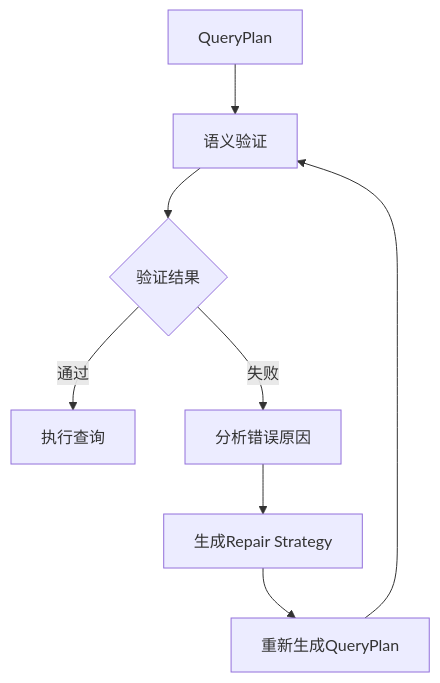
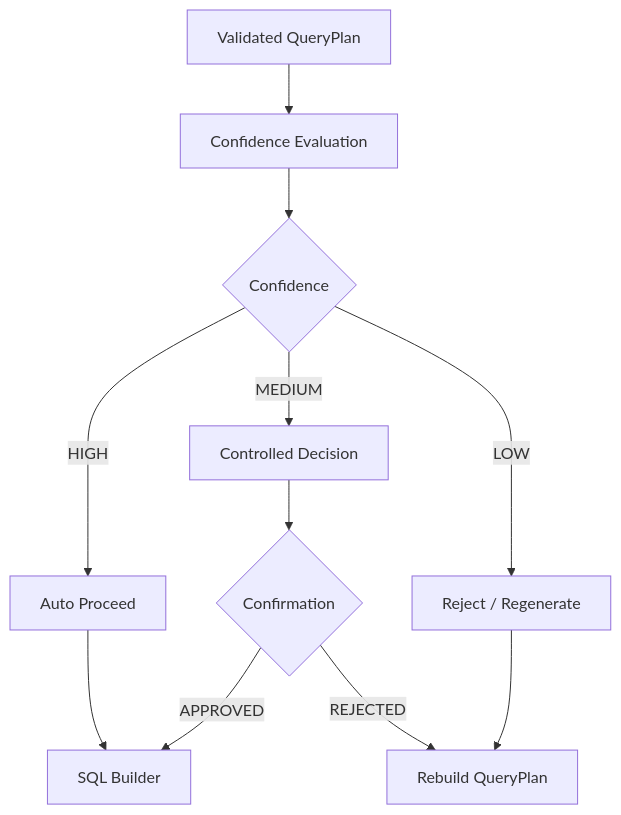
The seventh of 11 diagrams in SuperBulider_AI/wwwroot/Doc/SuperBuilder AI Native BI Phase开发计划.md (wenzhong0606-dev/SuperBuilder_AI), drawn with Mermaid before and after one commit. The commit also changed other lines of this file, not shown here.

````diff
--- a/SuperBulider_AI/wwwroot/Doc/SuperBuilder AI Native BI Phase开发计划.md
+++ b/SuperBulider_AI/wwwroot/Doc/SuperBuilder AI Native BI Phase开发计划.md
@@ -1161,44 +1830,45 @@
 ```mermaid
 flowchart TD
 
-
-A[QueryPlan]
-
+A[Validated QueryPlan]
 
 -->
 
-B[语义验证]
-
+B[Confidence Evaluation]
 
 -->
 
-C{验证结果}
+C{Confidence}
 
+C -- HIGH -->
 
-C -- 通过 -->
+D[Auto Proceed]
 
-D[执行查询]
+C -- MEDIUM -->
 
+E[Controlled Decision]
 
-C -- 失败 -->
+C -- LOW -->
 
-E[分析错误原因]
+F[Reject / Regenerate]
 
+D -->
 
--->
+G[SQL Builder]
 
-F[生成Repair Strategy]
+E -->
 
+H{Confirmation}
 
--->
+H -- APPROVED -->
 
-G[重新生成QueryPlan]
+G
 
+H -- REJECTED -->
 
--->
+I[Rebuild QueryPlan]
 
-B
+F -->
 
-
-
+I
 ```
````
